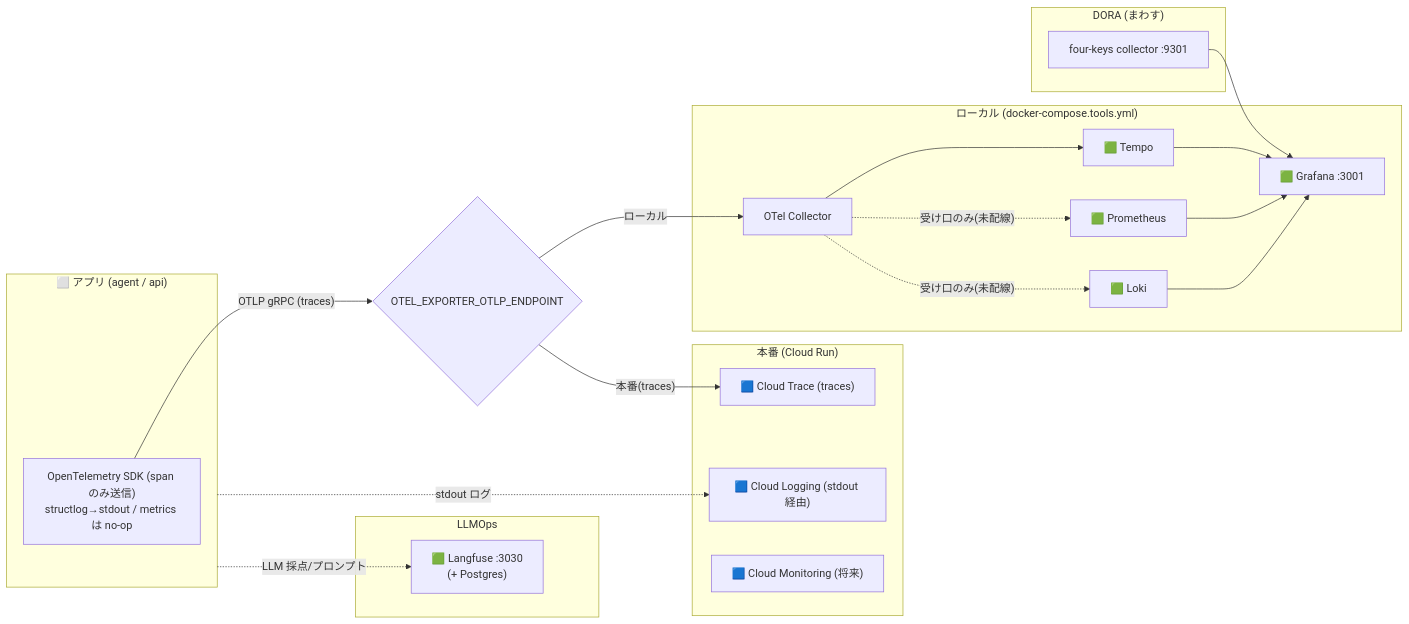
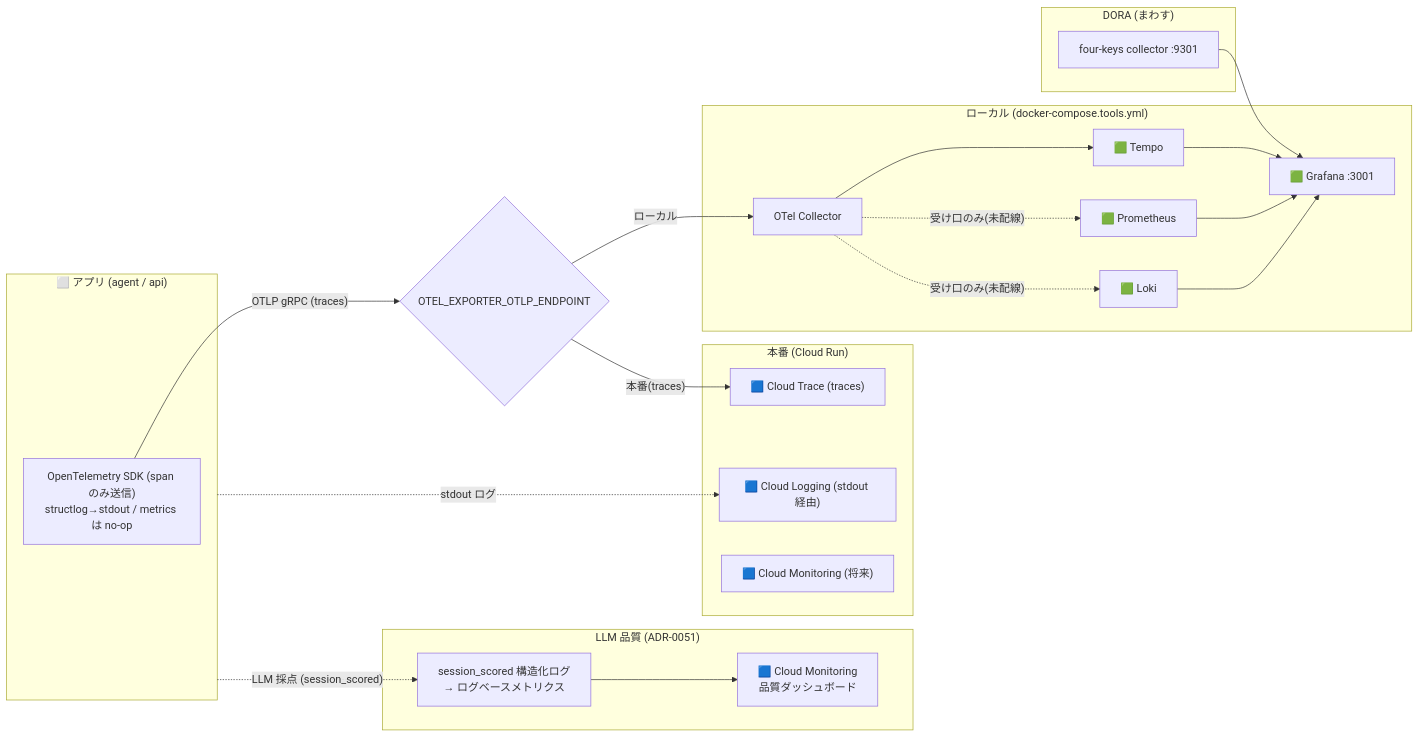
The tenth of 13 diagrams in docs/reference/architecture-analysis.md (godhuu0505/sanba), drawn with Mermaid before and after one commit. The commit also changed other lines of this file and 15 other files, not shown here.

````diff
--- a/docs/reference/architecture-analysis.md
+++ b/docs/reference/architecture-analysis.md
@@ -429,36 +427,36 @@
 ```mermaid
 flowchart LR
   subgraph app["⬜ アプリ (agent / api)"]
     OT["OpenTelemetry SDK (span のみ送信)<br/>structlog→stdout / metrics は no-op"]
   end
 
   OT -->|"OTLP gRPC (traces)"| ROUTE{"OTEL_EXPORTER_OTLP_ENDPOINT"}
 
   subgraph local["ローカル (docker-compose.tools.yml)"]
     COL["OTel Collector"] --> TEMPO["🟩 Tempo"]
     COL -.->|"受け口のみ(未配線)"| PROM["🟩 Prometheus"]
     COL -.->|"受け口のみ(未配線)"| LOKI["🟩 Loki"]
     TEMPO --> GRAF["🟩 Grafana :3001"]
     PROM --> GRAF
     LOKI --> GRAF
   end
 
   subgraph prod["本番 (Cloud Run)"]
     CT["🟦 Cloud Trace (traces)"]
     CL["🟦 Cloud Logging (stdout 経由)"]
     CM["🟦 Cloud Monitoring (将来)"]
   end
 
   ROUTE -->|"ローカル"| COL
   ROUTE -->|"本番(traces)"| CT
   app -.->|"stdout ログ"| CL
 
-  subgraph llmops["LLMOps"]
-    LF["🟩 Langfuse :3030<br/>(+ Postgres)"]
+  subgraph llmops["LLM 品質 (ADR-0051)"]
+    LBM["session_scored 構造化ログ<br/>→ ログベースメトリクス"] --> CMON["🟦 Cloud Monitoring<br/>品質ダッシュボード"]
   end
-  app -. "LLM 採点/プロンプト" .-> LF
+  app -. "LLM 採点 (session_scored)" .-> LBM
 
   subgraph dora["DORA (まわす)"]
     FK["four-keys collector :9301"] --> GRAF
   end
 ```
````
